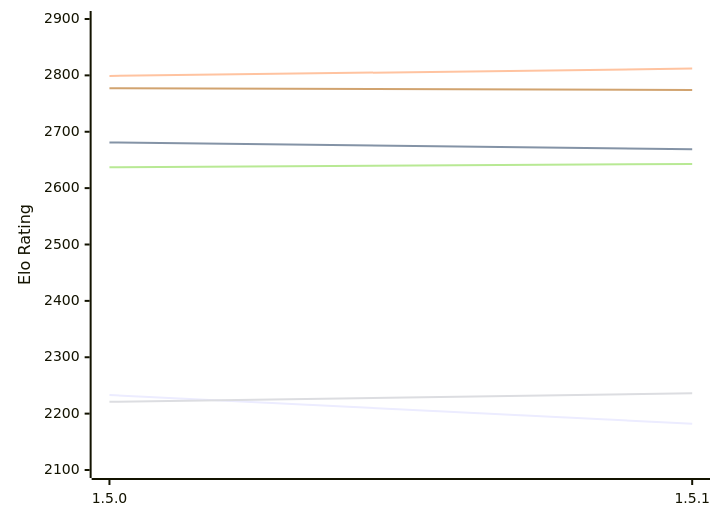
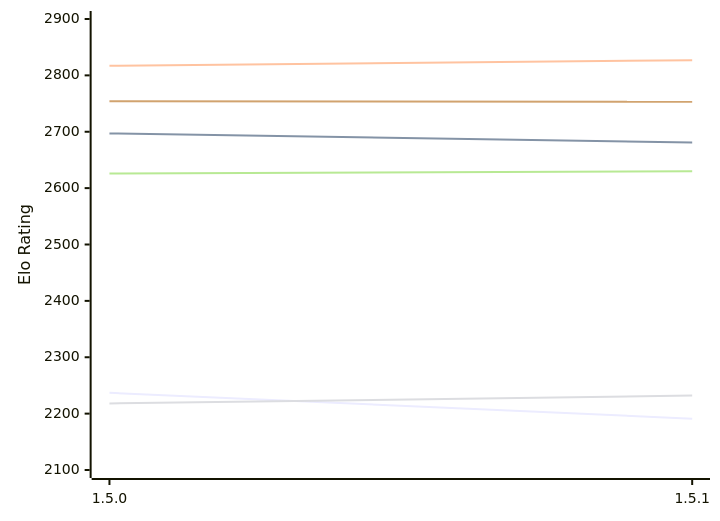
The first of 2 diagrams in engines/Coco.md (computer-chess-index/cci), drawn with Mermaid before and after one commit. The commit also changed other lines of this file, not shown here.

Commit message:
Update CCI Ratings (ELO VLTC) - 2026-11-14

````diff
--- a/engines/Coco.md
+++ b/engines/Coco.md
@@ -50,12 +50,12 @@
 ```mermaid
 %%{init: {"theme":"base","themeVariables":{"seriesColors:['#a3a3a3','#222221','#faa371']}}}%%
 xychart-beta
   x-axis ["1.5.0", "1.5.1"]
   y-axis "Elo Rating" 2100 --> 2900
-  line "E1: STC (8.0+0.08s)" [2233, 2182]
-  line "E1: LTC (60.0+0.60s)" [2681, 2669]
-  line "E1: VLTC (2m24s+1.12s)" [2799, 2812]
-  line "P1: STC (8.0+0.08s)" [2221, 2236]
-  line "P1: LTC (60.0+0.60s)" [2637, 2643]
-  line "P1: VLTC (2m24s+1.12s)" [2777, 2774]
+  line "E1: STC (8.0+0.08s)" [2237, 2191]
+  line "E1: LTC (60.0+0.60s)" [2697, 2681]
+  line "E1: VLTC (2m24s+1.12s)" [2817, 2827]
+  line "P1: STC (8.0+0.08s)" [2218, 2232]
+  line "P1: LTC (60.0+0.60s)" [2626, 2630]
+  line "P1: VLTC (2m24s+1.12s)" [2754, 2753]
 ```
````
